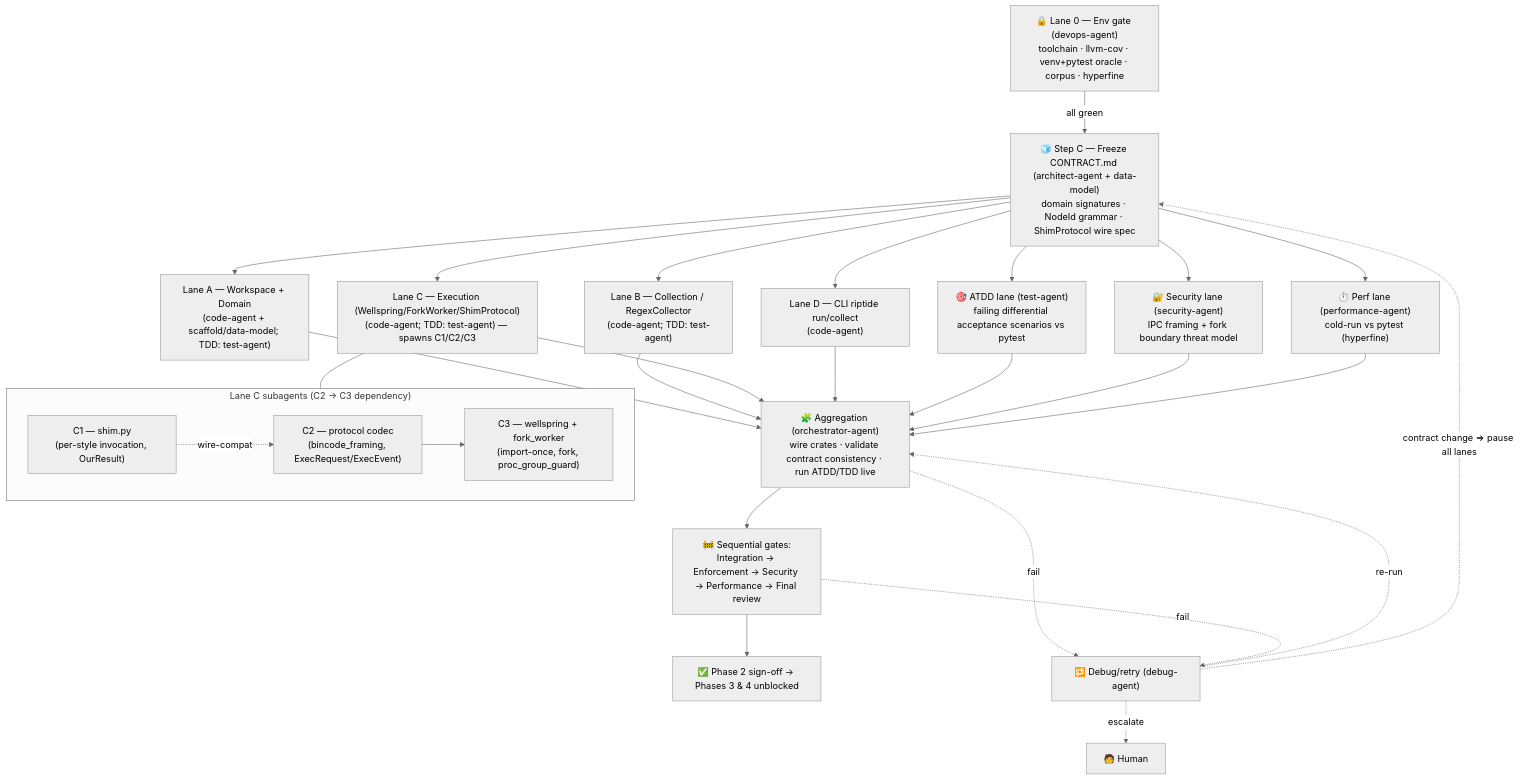
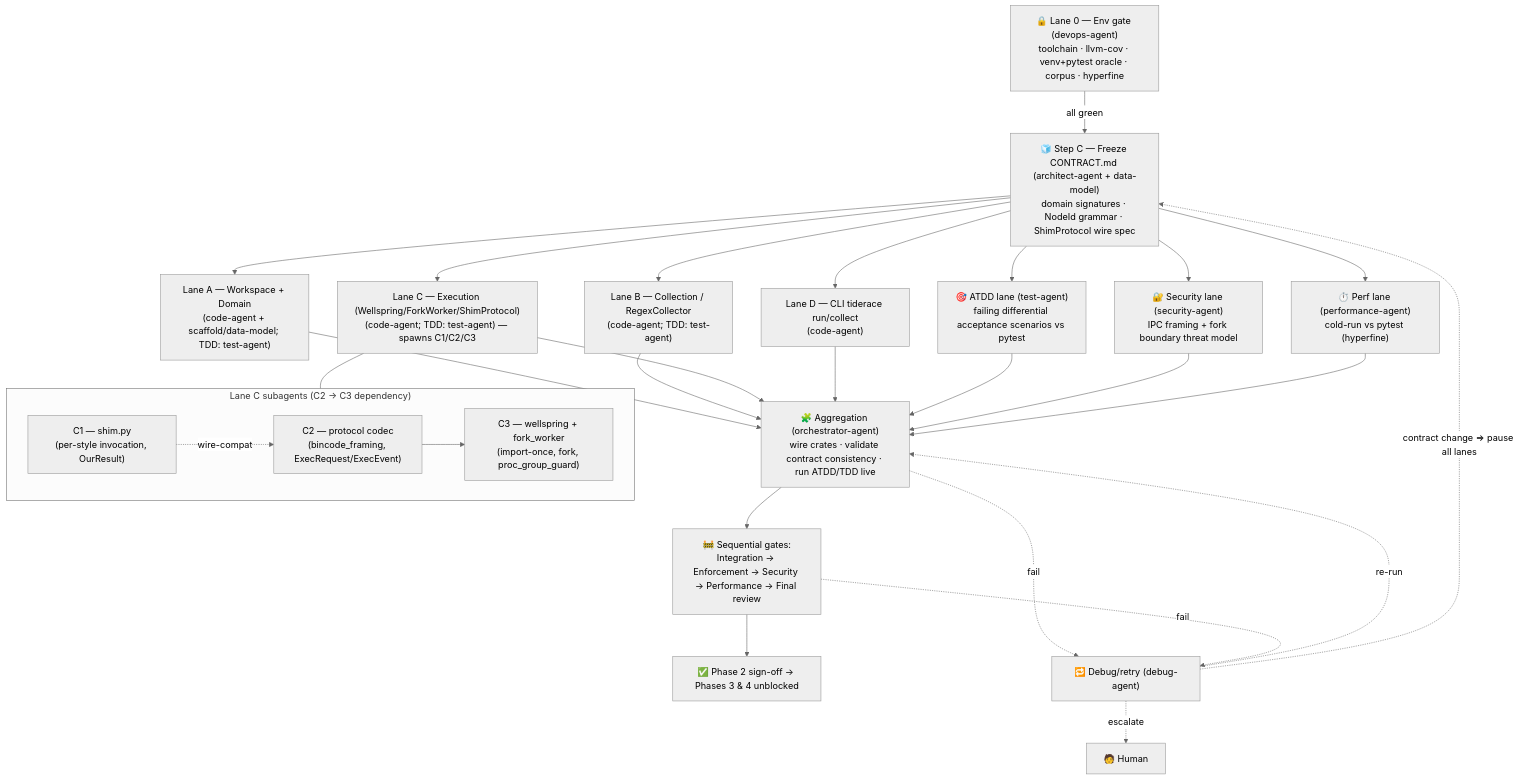
Before and after one commit to snoodleboot-io/tiderace: the diagram in planning/current/pure-rust-test-engine/phase-2-workspace-domain-collection/PLAN.md, drawn with Mermaid (neutral theme). The commit also changed other lines of this file and 122 other files, not shown here.

First line of the commit message:
rename: riptide -> tiderace across the whole product (#17)

````diff
--- a/planning/current/pure-rust-test-engine/phase-2-workspace-domain-collection/PLAN.md
+++ b/planning/current/pure-rust-test-engine/phase-2-workspace-domain-collection/PLAN.md
@@ -183,39 +183,39 @@
 ```mermaid
 flowchart TB
     G0["🔒 Lane 0 — Env gate (devops-agent)<br/>toolchain · llvm-cov · venv+pytest oracle · corpus · hyperfine"]
     G0 -->|all green| C["🧊 Step C — Freeze CONTRACT.md (architect-agent + data-model)<br/>domain signatures · NodeId grammar · ShimProtocol wire spec"]
 
     C --> ATDD["🎯 ATDD lane (test-agent)<br/>failing differential acceptance scenarios vs pytest"]
     C --> LA["Lane A — Workspace + Domain<br/>(code-agent + scaffold/data-model; TDD: test-agent)"]
     C --> LB["Lane B — Collection / RegexCollector<br/>(code-agent; TDD: test-agent)"]
     C --> LC["Lane C — Execution (Wellspring/ForkWorker/ShimProtocol)<br/>(code-agent; TDD: test-agent) — spawns C1/C2/C3"]
-    C --> LD["Lane D — CLI riptide run/collect<br/>(code-agent)"]
+    C --> LD["Lane D — CLI tiderace run/collect<br/>(code-agent)"]
     C --> SEC["🔐 Security lane (security-agent)<br/>IPC framing + fork boundary threat model"]
     C --> PERF["⏱️ Perf lane (performance-agent)<br/>cold-run vs pytest (hyperfine)"]
 
     subgraph LCsub["Lane C subagents (C2 → C3 dependency)"]
         C2["C2 — protocol codec<br/>(bincode_framing, ExecRequest/ExecEvent)"]
         C1["C1 — shim.py<br/>(per-style invocation, OurResult)"]
         C3["C3 — wellspring + fork_worker<br/>(import-once, fork, proc_group_guard)"]
         C2 --> C3
         C1 -. wire-compat .-> C2
     end
     LC --- LCsub
 
     LA --> AGG["🧩 Aggregation (orchestrator-agent)<br/>wire crates · validate contract consistency · run ATDD/TDD live"]
     LB --> AGG
     LC --> AGG
     LD --> AGG
     ATDD --> AGG
     SEC --> AGG
     PERF --> AGG
 
     AGG --> GATES["🚧 Sequential gates:<br/>Integration → Enforcement → Security → Performance → Final review"]
     GATES --> NEXT["✅ Phase 2 sign-off → Phases 3 & 4 unblocked"]
 
     AGG -. fail .-> DBG["🔁 Debug/retry (debug-agent)"]
     GATES -. fail .-> DBG
     DBG -. re-run .-> AGG
     DBG -. contract change ⇒ pause all lanes .-> C
     DBG -. escalate .-> HUMAN["🧑 Human"]
 ```
````
